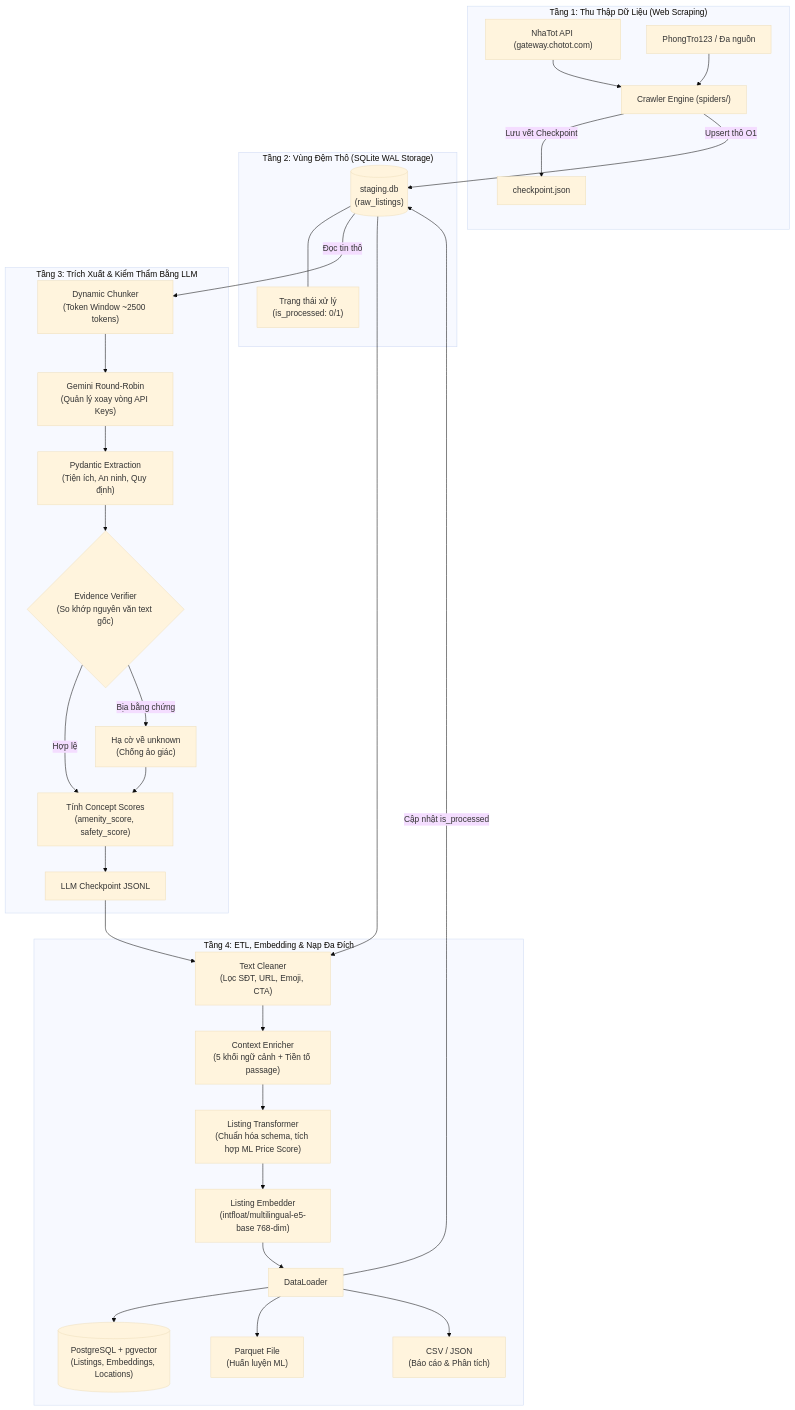
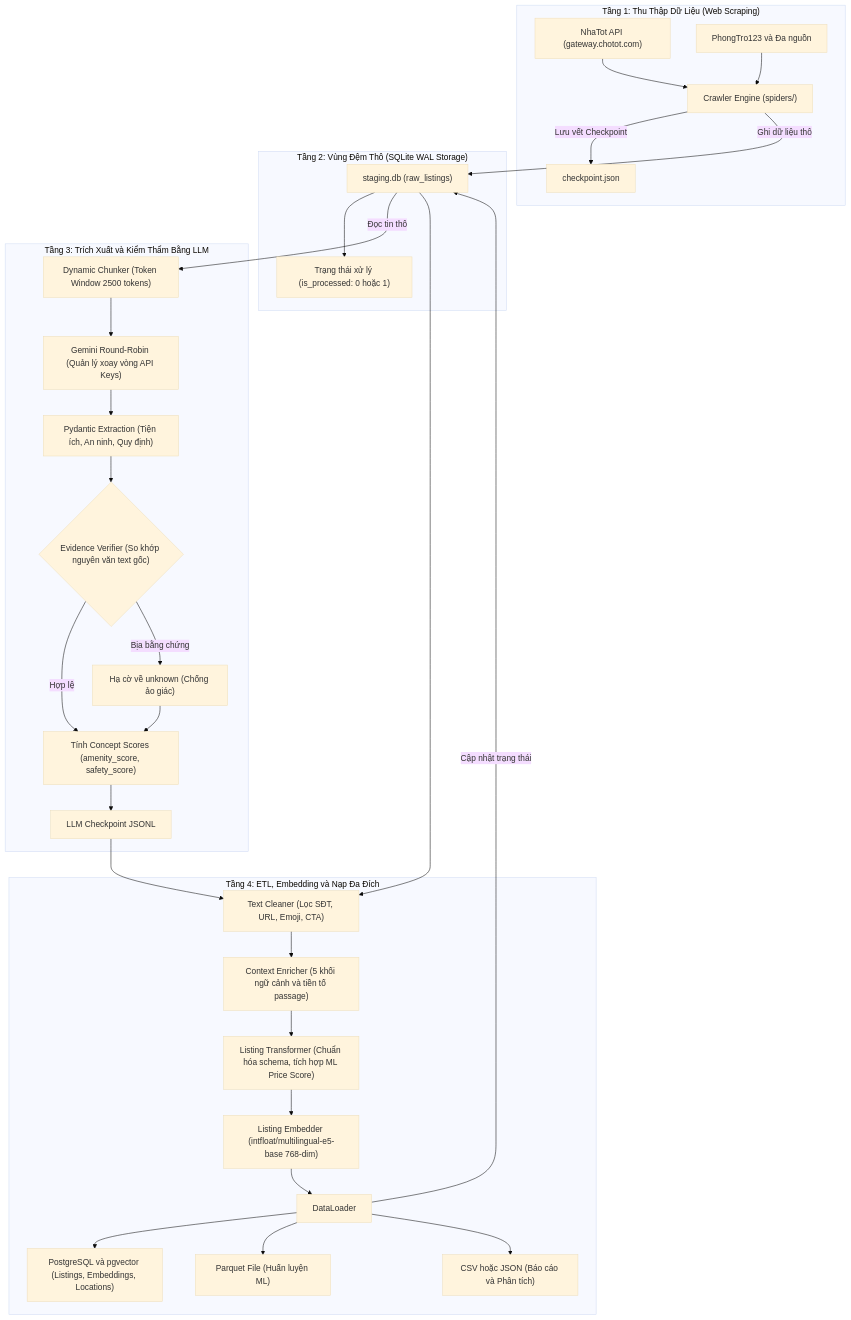
Before and after one commit to undead04/intelligent-room-rental: the diagram in crawler/README.md, drawn with Mermaid (base theme). The commit also changed 3 other files, not shown here.

Commit message:
docs: fix Mermaid flowchart syntax across READMEs and feature spec

````diff
--- a/crawler/README.md
+++ b/crawler/README.md
@@ -22,58 +22,58 @@
 ```mermaid
 flowchart TD
     subgraph S1["Tầng 1: Thu Thập Dữ Liệu (Web Scraping)"]
         A1["NhaTot API (gateway.chotot.com)"] --> B1["Crawler Engine (spiders/)"]
-        A2["PhongTro123 / Đa nguồn"] --> B1
+        A2["PhongTro123 và Đa nguồn"] --> B1
         B1 -->|Lưu vết Checkpoint| C1["checkpoint.json"]
     end
 
     subgraph S2["Tầng 2: Vùng Đệm Thô (SQLite WAL Storage)"]
-        D1[("staging.db<br/>(raw_listings)")]
-        E1["Trạng thái xử lý<br/>(is_processed: 0/1)"]
-        D1 --- E1
+        D1["staging.db (raw_listings)"]
+        E1["Trạng thái xử lý (is_processed: 0 hoặc 1)"]
+        D1 --> E1
     end
 
-    subgraph S3["Tầng 3: Trích Xuất & Kiểm Thẩm Bằng LLM"]
-        F1["Dynamic Chunker<br/>(Token Window ~2500 tokens)"]
-        G1["Gemini Round-Robin<br/>(Quản lý xoay vòng API Keys)"]
-        H1["Pydantic Extraction<br/>(Tiện ích, An ninh, Quy định)"]
-        I1{"Evidence Verifier<br/>(So khớp nguyên văn text gốc)"}
-        J1["Tính Concept Scores<br/>(amenity_score, safety_score)"]
-        K1["Hạ cờ về unknown<br/>(Chống ảo giác)"]
+    subgraph S3["Tầng 3: Trích Xuất và Kiểm Thẩm Bằng LLM"]
+        F1["Dynamic Chunker (Token Window 2500 tokens)"]
+        G1["Gemini Round-Robin (Quản lý xoay vòng API Keys)"]
+        H1["Pydantic Extraction (Tiện ích, An ninh, Quy định)"]
+        I1{"Evidence Verifier (So khớp nguyên văn text gốc)"}
+        J1["Tính Concept Scores (amenity_score, safety_score)"]
+        K1["Hạ cờ về unknown (Chống ảo giác)"]
         L1["LLM Checkpoint JSONL"]
 
         F1 --> G1
         G1 --> H1
         H1 --> I1
         I1 -->|Hợp lệ| J1
         I1 -->|Bịa bằng chứng| K1
         K1 --> J1
         J1 --> L1
     end
 
-    subgraph S4["Tầng 4: ETL, Embedding & Nạp Đa Đích"]
-        M1["Text Cleaner<br/>(Lọc SĐT, URL, Emoji, CTA)"]
-        N1["Context Enricher<br/>(5 khối ngữ cảnh + Tiền tố passage)"]
-        O1["Listing Transformer<br/>(Chuẩn hóa schema, tích hợp ML Price Score)"]
-        P1["Listing Embedder<br/>(intfloat/multilingual-e5-base 768-dim)"]
+    subgraph S4["Tầng 4: ETL, Embedding và Nạp Đa Đích"]
+        M1["Text Cleaner (Lọc SĐT, URL, Emoji, CTA)"]
+        N1["Context Enricher (5 khối ngữ cảnh và tiền tố passage)"]
+        O1["Listing Transformer (Chuẩn hóa schema, tích hợp ML Price Score)"]
+        P1["Listing Embedder (intfloat/multilingual-e5-base 768-dim)"]
         Q1["DataLoader"]
-        R1[("PostgreSQL + pgvector<br/>(Listings, Embeddings, Locations)")]
-        R2["Parquet File<br/>(Huấn luyện ML)"]
-        R3["CSV / JSON<br/>(Báo cáo & Phân tích)"]
+        R1["PostgreSQL và pgvector (Listings, Embeddings, Locations)"]
+        R2["Parquet File (Huấn luyện ML)"]
+        R3["CSV hoặc JSON (Báo cáo và Phân tích)"]
 
         M1 --> N1
         N1 --> O1
         O1 --> P1
         P1 --> Q1
         Q1 --> R1
         Q1 --> R2
         Q1 --> R3
     end
 
     %% Các luồng liên kết giữa các tầng
-    B1 -->|Upsert thô O1| D1
+    B1 -->|Ghi dữ liệu thô| D1
     D1 -->|Đọc tin thô| F1
     D1 --> M1
     L1 --> M1
-    Q1 -->|Cập nhật is_processed| D1
+    Q1 -->|Cập nhật trạng thái| D1
 ```
````
